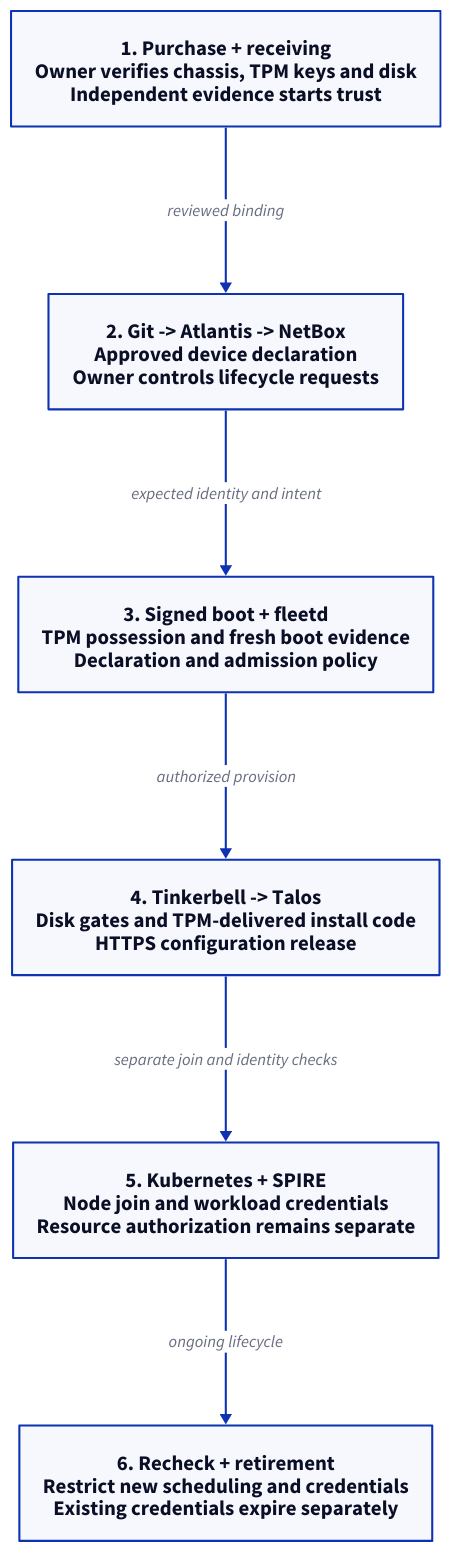
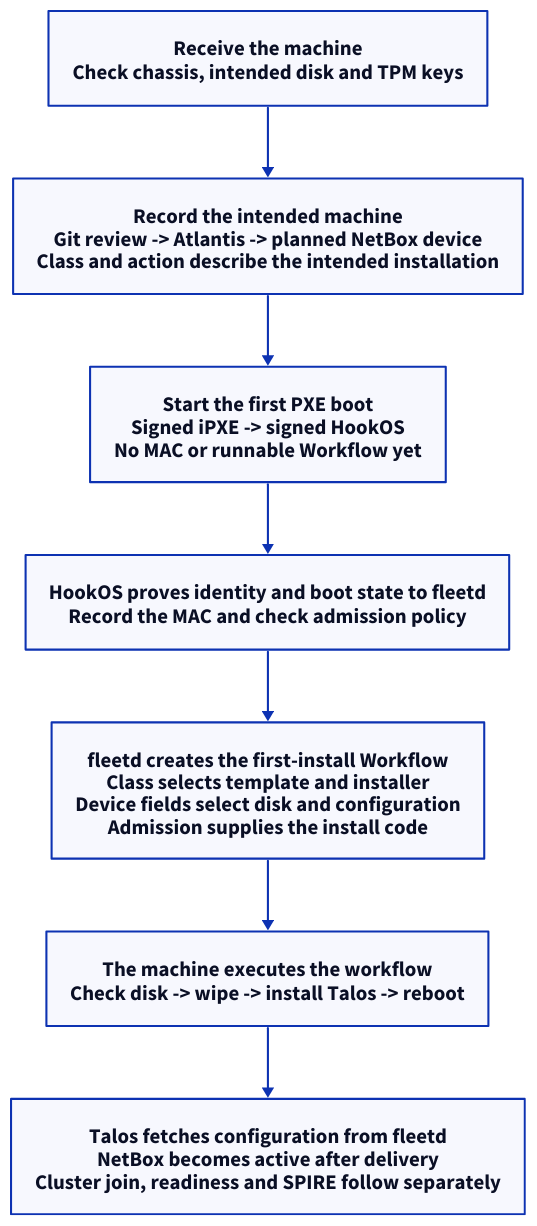
The diagram in docs/assets/purchase-to-identity.d2 (jonpulsifer/infra), drawn with D2 before and after one commit. The commit also changed 7 other files, not shown here.

Commit message:
docs: explain provisioning flow and Tinkerbell removal choices

```diff
--- a/docs/assets/purchase-to-identity.d2
+++ b/docs/assets/purchase-to-identity.d2
@@ -1,14 +1,16 @@
 vars: {d2-config: {layout-engine: elk; theme-id: 0; pad: 24}}
 direction: down
-receive: "1. Purchase + receiving\nOwner verifies chassis, TPM keys and disk\nIndependent evidence starts trust"
-declare: "2. Git -> Atlantis -> NetBox\nApproved device declaration\nOwner controls lifecycle requests"
-attest: "3. Signed boot + fleetd\nTPM possession and fresh boot evidence\nDeclaration and admission policy"
-install: "4. Tinkerbell -> Talos\nDisk gates and TPM-delivered install code\nHTTPS configuration release"
-identity: "5. Kubernetes + SPIRE\nNode join and workload credentials\nResource authorization remains separate"
-withdraw: "6. Recheck + retirement\nRestrict new scheduling and credentials\nExisting credentials expire separately"
-receive -> declare: reviewed binding
-declare -> attest: expected identity and intent
-attest -> install: authorized provision
-install -> identity: separate join and identity checks
-identity -> withdraw: ongoing lifecycle
+receive: "Receive the machine\nCheck chassis, intended disk and TPM keys"
+record: "Record the intended machine\nGit review -> Atlantis -> planned NetBox device\nClass and action describe the intended installation"
+boot: "Start the first PXE boot\nSigned iPXE -> signed HookOS\nNo MAC or runnable Workflow yet"
+admit: "HookOS proves identity and boot state to fleetd\nRecord the MAC and check admission policy"
+choose: "fleetd creates the first-install Workflow\nClass selects template and installer\nDevice fields select disk and configuration\nAdmission supplies the install code"
+install: "The machine executes the workflow\nCheck disk -> wipe -> install Talos -> reboot"
+finish: "Talos fetches configuration from fleetd\nNetBox becomes active after delivery\nCluster join, readiness and SPIRE follow separately"
+receive -> record
+record -> boot
+boot -> admit
+admit -> choose
+choose -> install
+install -> finish
 **.style.font-size: 20
```
